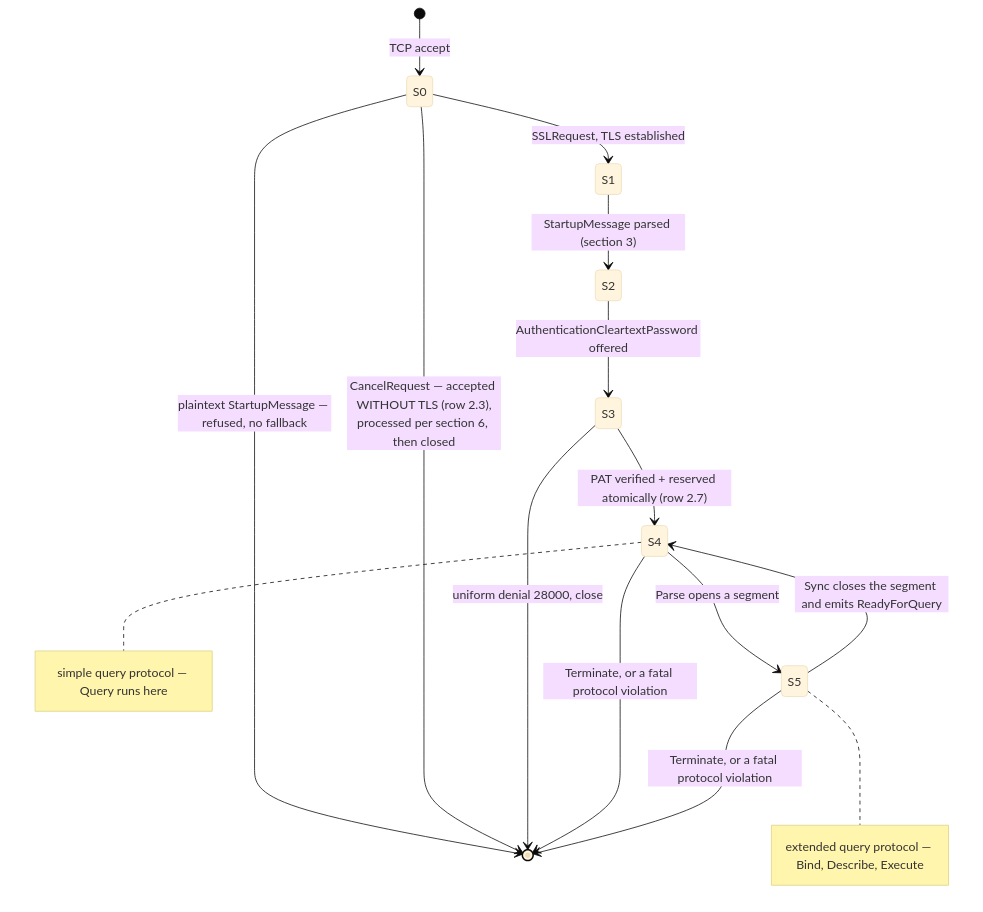
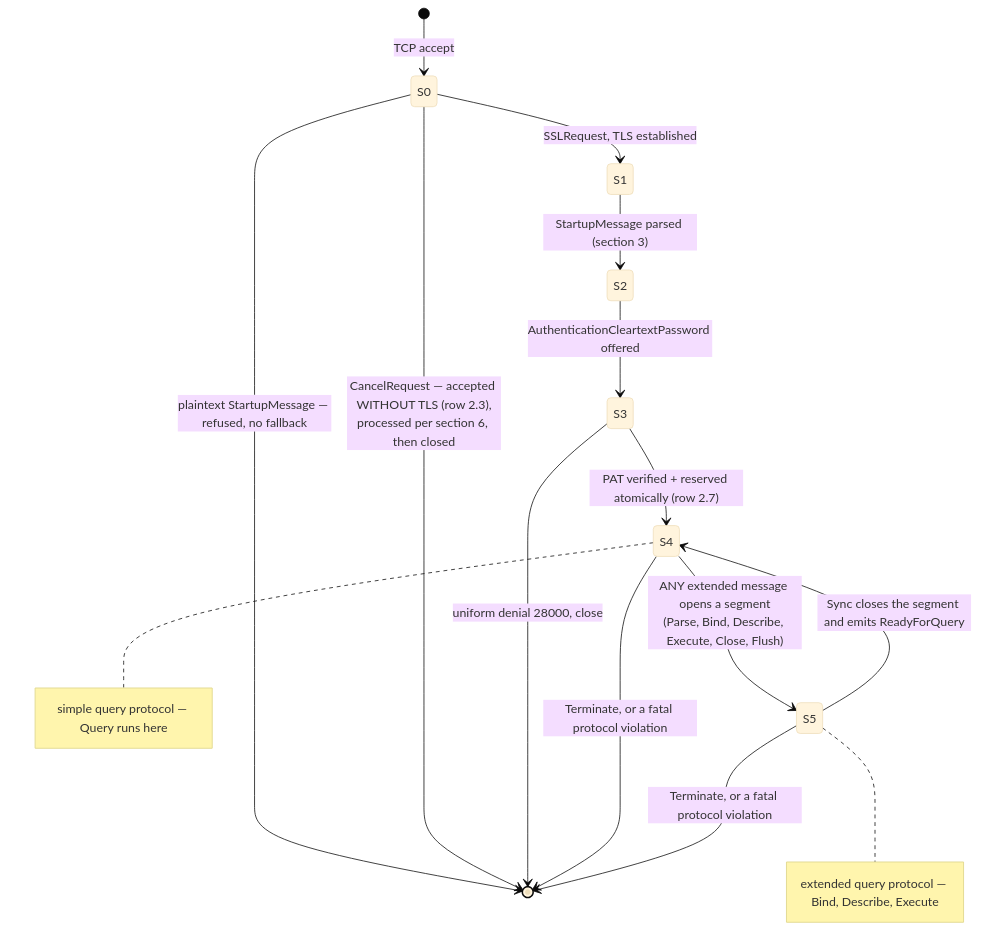
Before and after one commit to yongjohnlee80/autodb: the first of 4 diagrams in docs/front-door/protocol-matrix.md, drawn with Mermaid (base theme). The commit also changed 1 other file, not shown here.

First paragraph of the commit message:
docs: the diagram cell must read every diagram, not just the lane one
Lector's r1 residuals. MF1 is closed; these are both mine.

````diff
--- a/docs/front-door/protocol-matrix.md
+++ b/docs/front-door/protocol-matrix.md
@@ -27,17 +27,17 @@
 ```mermaid
 stateDiagram-v2
     [*] --> S0: TCP accept
     S0 --> S1: SSLRequest, TLS established
     S0 --> [*]: plaintext StartupMessage — refused, no fallback
     S0 --> [*]: CancelRequest — accepted WITHOUT TLS (row 2.3),<br/>processed per section 6, then closed
     S1 --> S2: StartupMessage parsed (section 3)
     S2 --> S3: AuthenticationCleartextPassword offered
     S3 --> S4: PAT verified + reserved atomically (row 2.7)
     S3 --> [*]: uniform denial 28000, close
-    S4 --> S5: Parse opens a segment
+    S4 --> S5: ANY extended message opens a segment<br/>(Parse, Bind, Describe, Execute, Close, Flush)
     S5 --> S4: Sync closes the segment and emits ReadyForQuery
     S4 --> [*]: Terminate, or a fatal protocol violation
     S5 --> [*]: Terminate, or a fatal protocol violation
     note right of S4: simple query protocol — Query runs here
     note right of S5: extended query protocol — Bind, Describe, Execute
 ```
````
